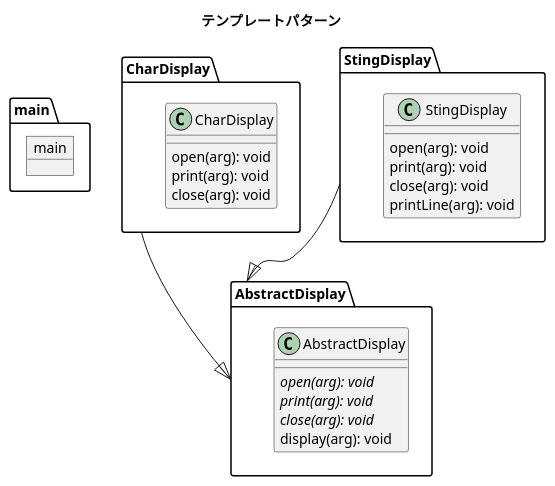
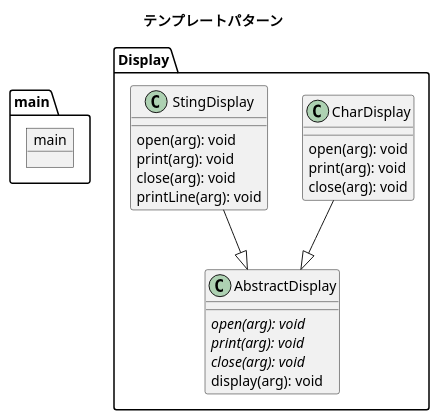
Before and after one commit to tanapiyo/design_pattern_with_python: the diagram in 03_template/template.pu, drawn with PlantUML. The commit also changed 2 other files, not shown here.

```diff
--- a/03_template/template.pu
+++ b/03_template/template.pu
@@ -1,42 +1,38 @@
 @startuml
 
 title テンプレートパターン
 
 package main {
     object main {
     }
 }
 
-package AbstractDisplay {
+package Display {
 
     class AbstractDisplay {
         {abstract} open(arg): void
         {abstract} print(arg): void
         {abstract} close(arg): void
         display(arg): void
     }
-}
-
-package CharDisplay {
     class CharDisplay {
         open(arg): void
         print(arg): void
         close(arg): void
     }
-}
 
-package StingDisplay {
     class StingDisplay {
         open(arg): void
         print(arg): void
         close(arg): void
         printLine(arg): void
     }
+
 }
 
     CharDisplay --|> AbstractDisplay
     StingDisplay --|> AbstractDisplay
 
 
 
 @enduml
```
